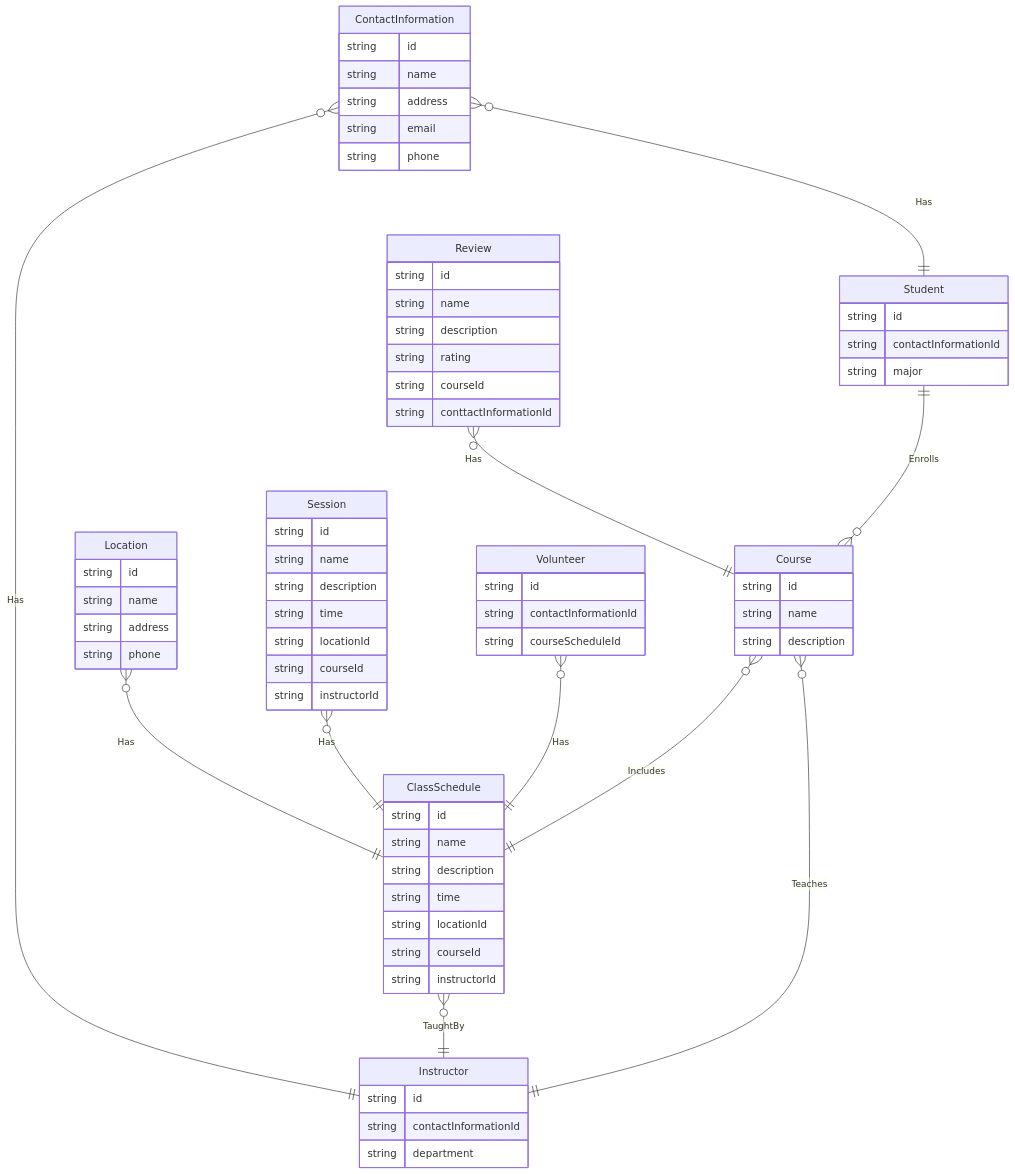
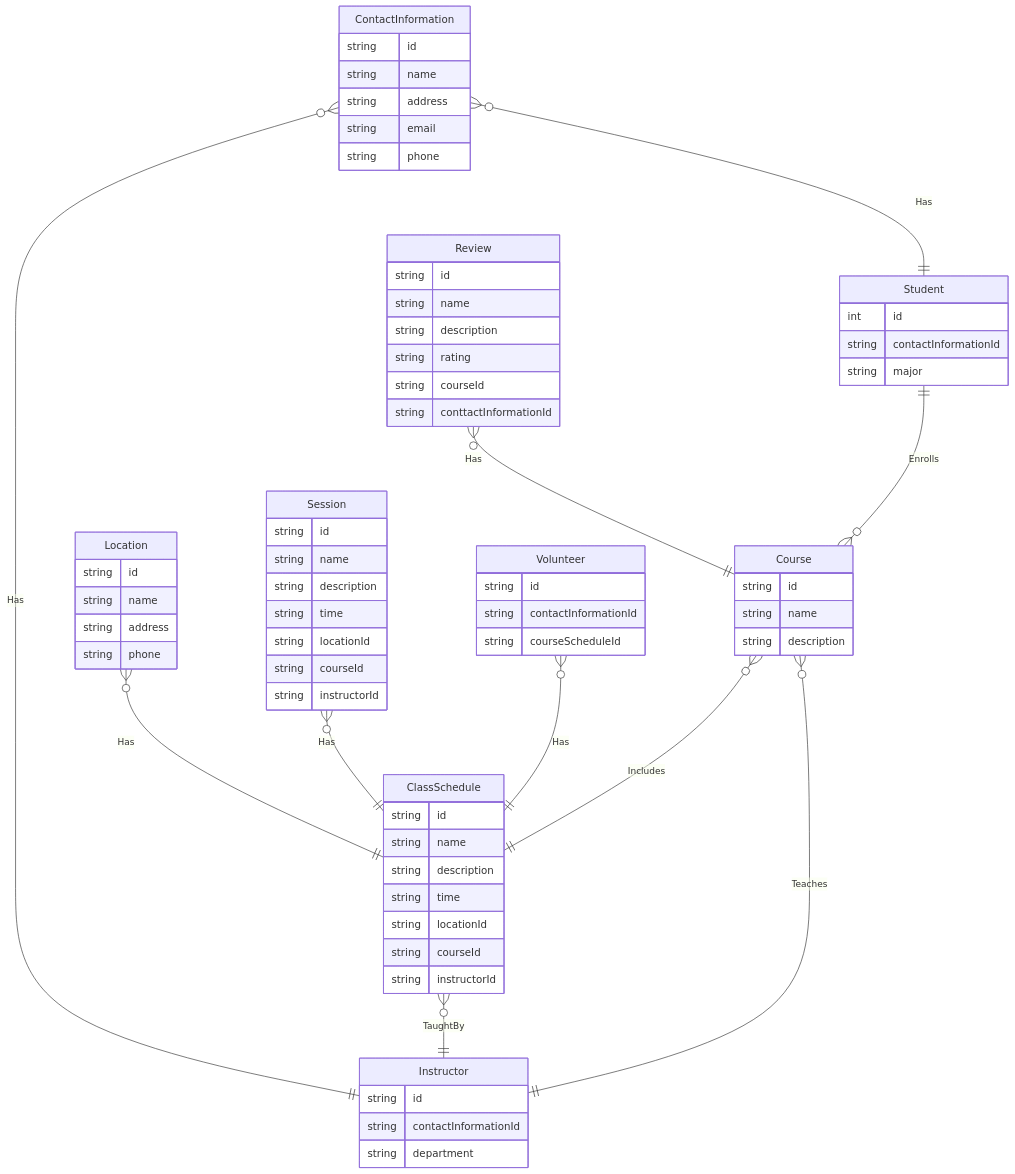
One commit to icozma/Scheduling-Classes changed the diagram in README.md. Above: the diagram before and after it, drawn with Mermaid.

````diff
--- a/README.md
+++ b/README.md
@@ -8,79 +8,79 @@
 ```mermaid
 erDiagram
     Student ||--o{ Course : Enrolls
     Student {
-        string id
+        int id
         string contactInformationId
         string major
     }
     Course }o--|| ClassSchedule : Includes
     Course {
         string id
         string name
         string description
     }
     ClassSchedule }o--|| Instructor : TaughtBy
     ClassSchedule {
         string id
         string name
         string description
         string time
         string locationId
         string courseId
         string instructorId
     }
     
     Instructor ||--o{ Course : Teaches
     Instructor {
         string id
         string contactInformationId
         string department
     }
 
     ContactInformation }o--|| Instructor : Has
     ContactInformation }o--|| Student : Has
     ContactInformation {
         string id
         string name
         string address
         string email
         string phone
     }
 
     Location }o--|| ClassSchedule : Has
     Location {
         string id
         string name
         string address
         string phone
     }
 
     Session }o--|| ClassSchedule : Has
     Session {
         string id
         string name
         string description
         string time
         string locationId
         string courseId
         string instructorId
     }
 
     Volunteer }o--|| ClassSchedule : Has
     Volunteer {
         string id
         string contactInformationId
         string courseScheduleId
     }
 
     Review }o--|| Course : Has
     Review {
         string id
         string name
         string description
         string rating
         string courseId
         string conttactInformationId
     }
 
 ```
````
